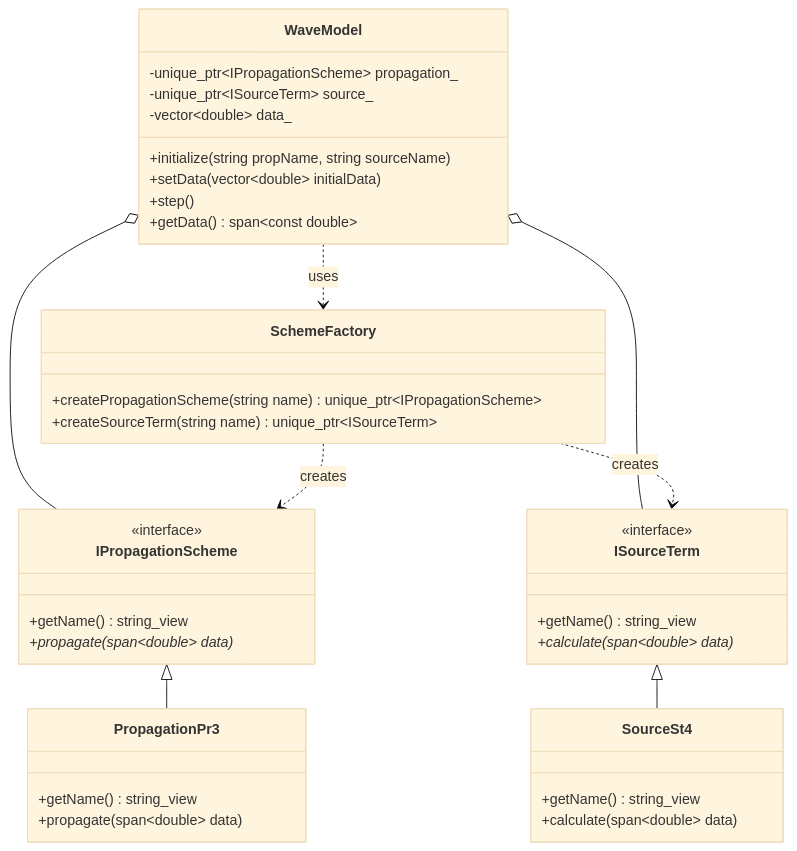
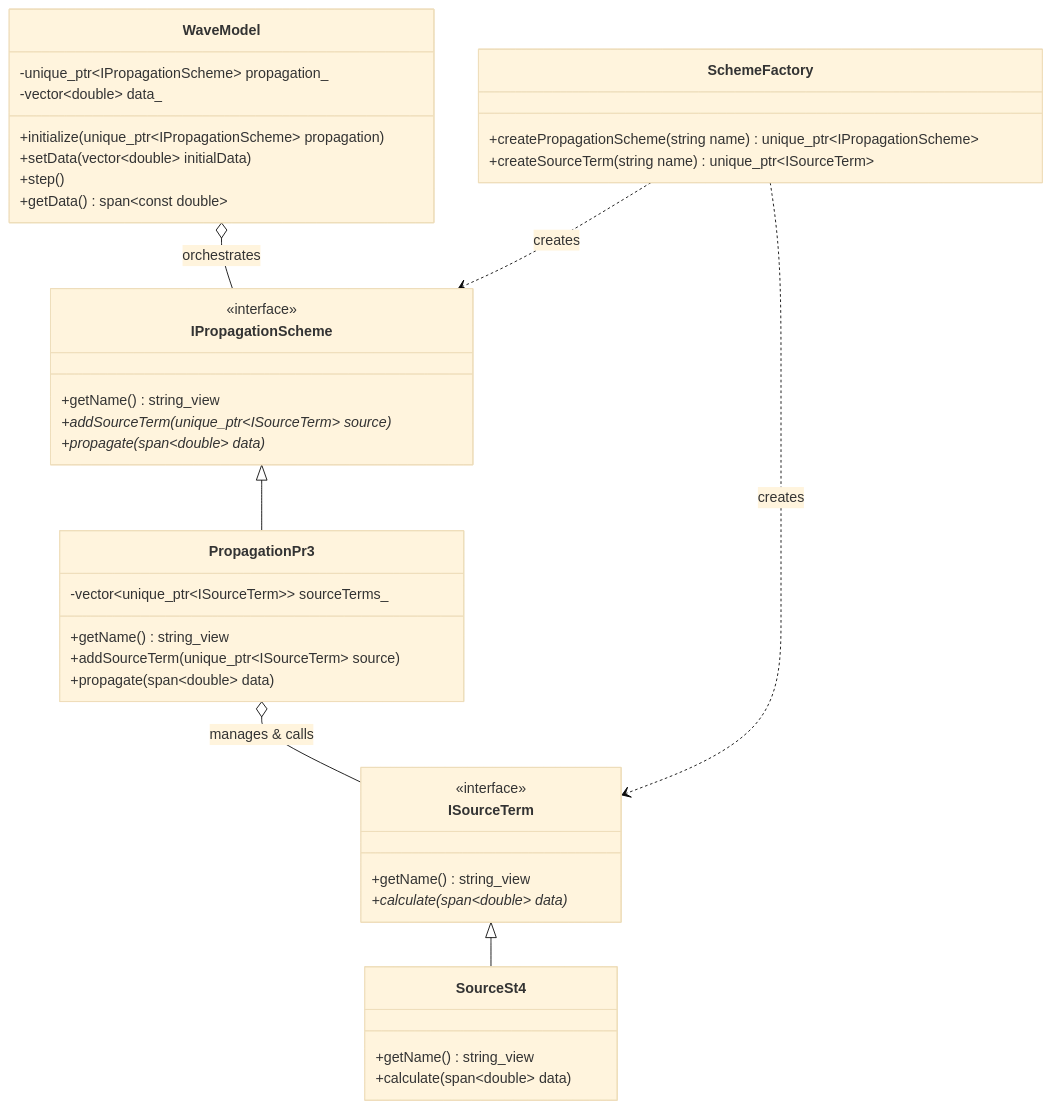
Before and after one commit to HendrikTolman-NOAA/WW4_HLT: the diagram in ARCHITECTURE.md, drawn with Mermaid (base theme). The commit also changed other lines of this file and 7 other files, not shown here.

````diff
--- a/ARCHITECTURE.md
+++ b/ARCHITECTURE.md
@@ -7,47 +7,48 @@
 ```mermaid
 classDiagram
     class WaveModel {
         -unique_ptr~IPropagationScheme~ propagation_
-        -unique_ptr~ISourceTerm~ source_
         -vector~double~ data_
-        +initialize(string propName, string sourceName)
+        +initialize(unique_ptr~IPropagationScheme~ propagation)
         +setData(vector~double~ initialData)
         +step()
         +getData() span~const double~
     }
 
     class IPropagationScheme {
         <<interface>>
         +getName() string_view
+        +addSourceTerm(unique_ptr~ISourceTerm~ source)*
         +propagate(span~double~ data)*
     }
 
     class ISourceTerm {
         <<interface>>
         +getName() string_view
         +calculate(span~double~ data)*
     }
 
     class PropagationPr3 {
+        -vector~unique_ptr~ISourceTerm~~ sourceTerms_
         +getName() string_view
+        +addSourceTerm(unique_ptr~ISourceTerm~ source)
         +propagate(span~double~ data)
     }
 
     class SourceSt4 {
         +getName() string_view
         +calculate(span~double~ data)
     }
 
     class SchemeFactory {
         +createPropagationScheme(string name) unique_ptr~IPropagationScheme~
         +createSourceTerm(string name) unique_ptr~ISourceTerm~
     }
 
-    WaveModel o-- IPropagationScheme
-    WaveModel o-- ISourceTerm
+    WaveModel o-- IPropagationScheme : orchestrates
     IPropagationScheme <|-- PropagationPr3
+    PropagationPr3 o-- ISourceTerm : manages & calls
     ISourceTerm <|-- SourceSt4
     SchemeFactory ..> IPropagationScheme : creates
     SchemeFactory ..> ISourceTerm : creates
-    WaveModel ..> SchemeFactory : uses
 ```
````
